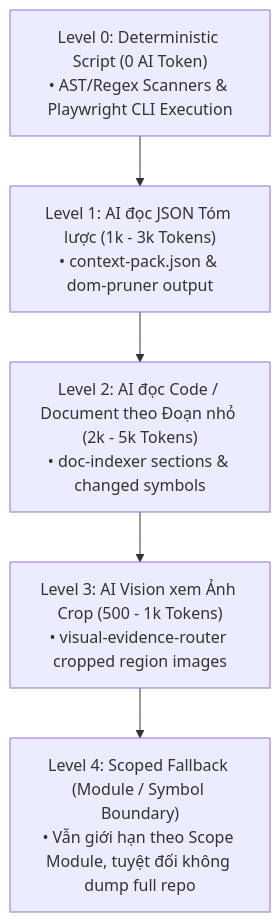
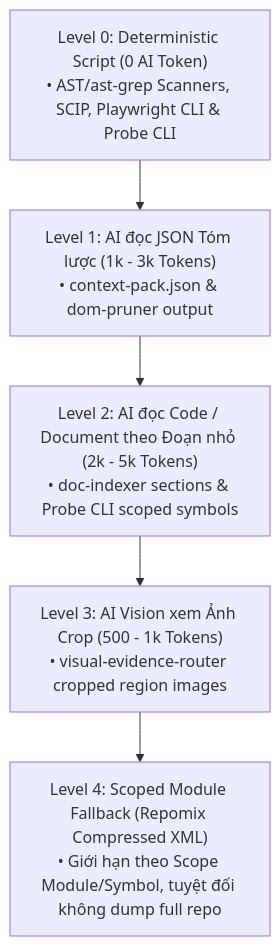
Before and after one commit to tqphong02/QA-skill: the second of 3 diagrams in SKILL_FLOW_MAPPING.md, drawn with Mermaid. The commit also changed other lines of this file, not shown here.

Commit message:
refactor(docs): update SKILL_FLOW_MAPPING.md with Probe, ast-grep, SCIP, Docling, Repomix ecosystem & fix Level 4 scoped fallback

````diff
--- a/SKILL_FLOW_MAPPING.md
+++ b/SKILL_FLOW_MAPPING.md
@@ -311,8 +295,8 @@
 ```mermaid
 flowchart TD
-    L0["Level 0: Deterministic Script (0 AI Token)\n• AST/Regex Scanners & Playwright CLI Execution"] --> L1
+    L0["Level 0: Deterministic Script (0 AI Token)\n• AST/ast-grep Scanners, SCIP, Playwright CLI & Probe CLI"] --> L1
     L1["Level 1: AI đọc JSON Tóm lược (1k - 3k Tokens)\n• context-pack.json & dom-pruner output"] --> L2
-    L2["Level 2: AI đọc Code / Document theo Đoạn nhỏ (2k - 5k Tokens)\n• doc-indexer sections & changed symbols"] --> L3
+    L2["Level 2: AI đọc Code / Document theo Đoạn nhỏ (2k - 5k Tokens)\n• doc-indexer sections & Probe CLI scoped symbols"] --> L3
     L3["Level 3: AI Vision xem Ảnh Crop (500 - 1k Tokens)\n• visual-evidence-router cropped region images"] --> L4
-    L4["Level 4: Scoped Fallback (Module / Symbol Boundary)\n• Vẫn giới hạn theo Scope Module, tuyệt đối không dump full repo"]
+    L4["Level 4: Scoped Module Fallback (Repomix Compressed XML)\n• Giới hạn theo Scope Module/Symbol, tuyệt đối không dump full repo"]
 ```
````
